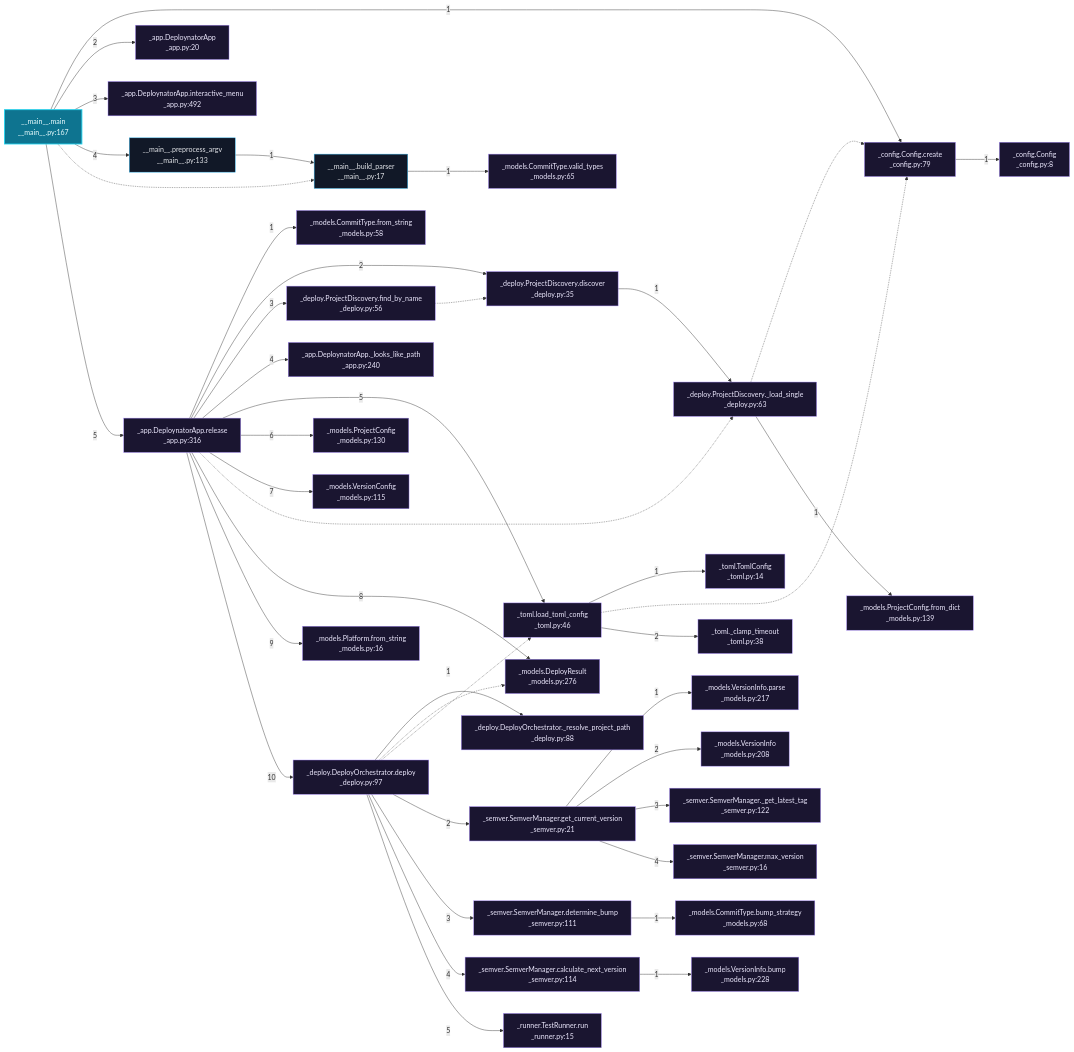
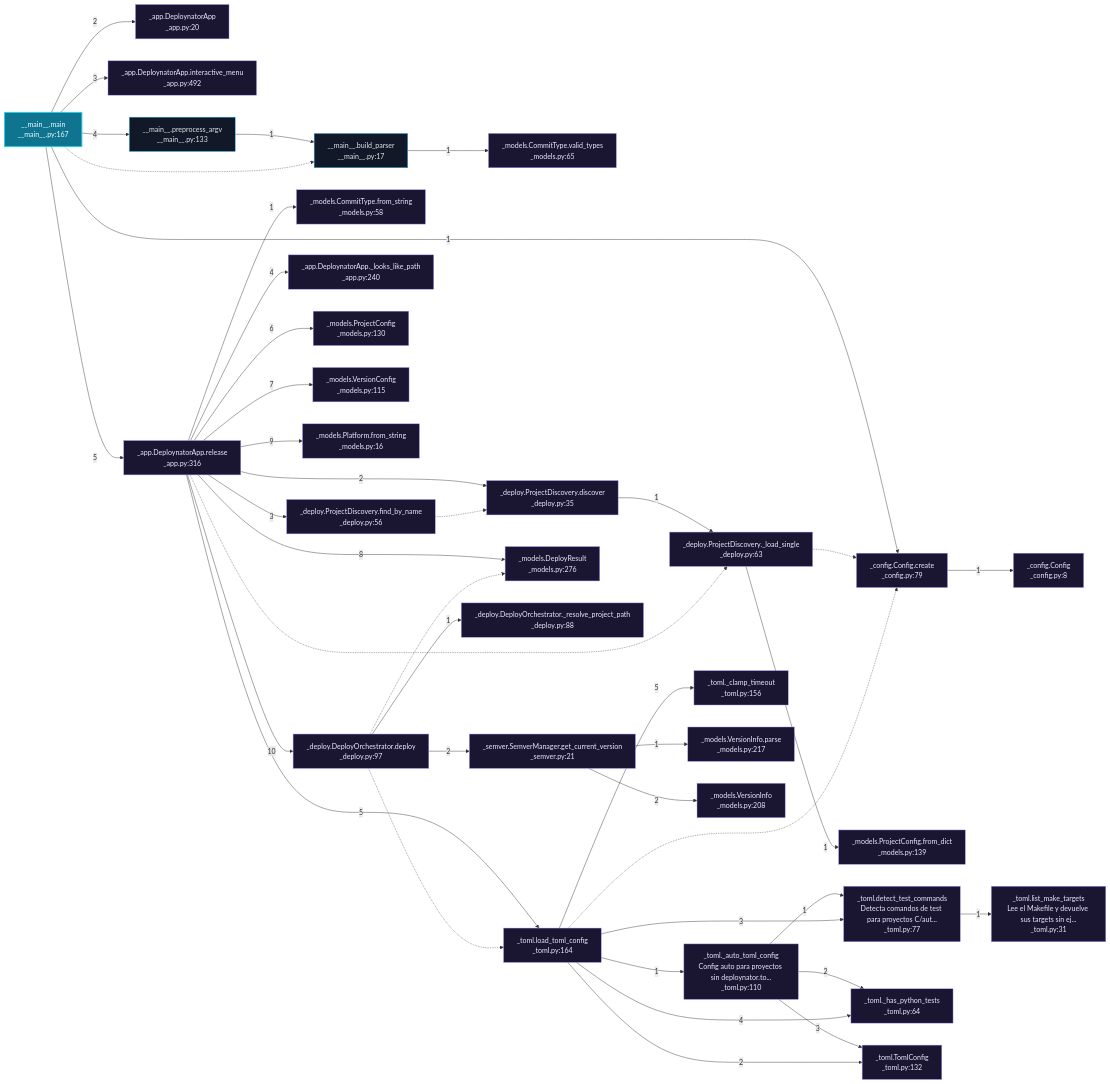
One commit to grisuno/deploynator changed the sixth of 9 diagrams in readmenator-apidocs/architecture.md. Above: the diagram before and after it, drawn with Mermaid. The commit also changed other lines of this file and 82 other files, not shown here.

````diff
--- a/readmenator-apidocs/architecture.md
+++ b/readmenator-apidocs/architecture.md
@@ -324,80 +319,77 @@
 ```mermaid
 flowchart LR
     classDef default fill:#111827,stroke:#38bdf8,color:#e5e7eb;
     classDef entry fill:#0e7490,stroke:#22d3ee,color:#ecfeff,stroke-width:2px;
     classDef external fill:#1a1530,stroke:#a78bfa,color:#ede9fe;
     n_deploynator___main___py__main["__main__.main<br/>__main__.py:167"]:::entry
     n_deploynator__config_py__create["_config.Config.create<br/>_config.py:79"]:::external
     n_deploynator__config_py__Config["_config.Config<br/>_config.py:8"]:::external
     n_deploynator__app_py__DeploynatorApp["_app.DeploynatorApp<br/>_app.py:20"]:::external
     n_deploynator__app_py__interactive_menu["_app.DeploynatorApp.interactive_menu<br/>_app.py:492"]:::external
     n_deploynator___main___py__preprocess_argv["__main__.preprocess_argv<br/>__main__.py:133"]:::default
     n_deploynator___main___py__build_parser["__main__.build_parser<br/>__main__.py:17"]:::default
     n_deploynator__models_py__valid_types["_models.CommitType.valid_types<br/>_models.py:65"]:::external
     n_deploynator__app_py__release["_app.DeploynatorApp.release<br/>_app.py:316"]:::external
     n_deploynator__models_py__from_string_58["_models.CommitType.from_string<br/>_models.py:58"]:::external
     n_deploynator__deploy_py__discover["_deploy.ProjectDiscovery.discover<br/>_deploy.py:35"]:::external
     n_deploynator__deploy_py___load_single["_deploy.ProjectDiscovery._load_single<br/>_deploy.py:63"]:::external
     n_deploynator__models_py__from_dict_139["_models.ProjectConfig.from_dict<br/>_models.py:139"]:::external
     n_deploynator__deploy_py__find_by_name["_deploy.ProjectDiscovery.find_by_name<br/>_deploy.py:56"]:::external
     n_deploynator__app_py___looks_like_path["_app.DeploynatorApp._looks_like_path<br/>_app.py:240"]:::external
-    n_deploynator__toml_py__load_toml_config["_toml.load_toml_config<br/>_toml.py:46"]:::external
-    n_deploynator__toml_py__TomlConfig["_toml.TomlConfig<br/>_toml.py:14"]:::external
-    n_deploynator__toml_py___clamp_timeout["_toml._clamp_timeout<br/>_toml.py:38"]:::external
+    n_deploynator__toml_py__load_toml_config["_toml.load_toml_config<br/>_toml.py:164"]:::external
+    n_deploynator__toml_py___auto_toml_config["_toml._auto_toml_config<br/>Config auto para proyectos sin deploynator.to...<br/>_toml.py:110"]:::external
+    n_deploynator__toml_py__detect_test_commands["_toml.detect_test_commands<br/>Detecta comandos de test para proyectos C/aut...<br/>_toml.py:77"]:::external
+    n_deploynator__toml_py___has_python_tests["_toml._has_python_tests<br/>_toml.py:64"]:::external
+    n_deploynator__toml_py__TomlConfig["_toml.TomlConfig<br/>_toml.py:132"]:::external
+    n_deploynator__toml_py__list_make_targets["_toml.list_make_targets<br/>Lee el Makefile y devuelve sus targets sin ej...<br/>_toml.py:31"]:::external
+    n_deploynator__toml_py___clamp_timeout["_toml._clamp_timeout<br/>_toml.py:156"]:::external
     n_deploynator__models_py__ProjectConfig["_models.ProjectConfig<br/>_models.py:130"]:::external
     n_deploynator__models_py__VersionConfig["_models.VersionConfig<br/>_models.py:115"]:::external
     n_deploynator__models_py__DeployResult["_models.DeployResult<br/>_models.py:276"]:::external
     n_deploynator__models_py__from_string["_models.Platform.from_string<br/>_models.py:16"]:::external
     n_deploynator__deploy_py__deploy["_deploy.DeployOrchestrator.deploy<br/>_deploy.py:97"]:::external
     n_deploynator__deploy_py___resolve_project_path["_deploy.DeployOrchestrator._resolve_project_path<br/>_deploy.py:88"]:::external
     n_deploynator__semver_py__get_current_version["_semver.SemverManager.get_current_version<br/>_semver.py:21"]:::external
     n_deploynator__models_py__parse_217["_models.VersionInfo.parse<br/>_models.py:217"]:::external
     n_deploynator__models_py__VersionInfo["_models.VersionInfo<br/>_models.py:208"]:::external
-    n_deploynator__semver_py___get_latest_tag["_semver.SemverManager._get_latest_tag<br/>_semver.py:122"]:::external
-    n_deploynator__semver_py__max_version["_semver.SemverManager.max_version<br/>_semver.py:16"]:::external
-    n_deploynator__semver_py__determine_bump["_semver.SemverManager.determine_bump<br/>_semver.py:111"]:::external
-    n_deploynator__models_py__bump_strategy["_models.CommitType.bump_strategy<br/>_models.py:68"]:::external
-    n_deploynator__semver_py__calculate_next_version["_semver.SemverManager.calculate_next_version<br/>_semver.py:114"]:::external
-    n_deploynator__models_py__bump["_models.VersionInfo.bump<br/>_models.py:228"]:::external
-    n_deploynator__runner_py__run["_runner.TestRunner.run<br/>_runner.py:15"]:::external
     n_deploynator___main___py__main -->|"1"| n_deploynator__config_py__create
     n_deploynator__config_py__create -->|"1"| n_deploynator__config_py__Config
     n_deploynator___main___py__main -->|"2"| n_deploynator__app_py__DeploynatorApp
     n_deploynator___main___py__main -->|"3"| n_deploynator__app_py__interactive_menu
     n_deploynator___main___py__main -->|"4"| n_deploynator___main___py__preprocess_argv
     n_deploynator___main___py__preprocess_argv -->|"1"| n_deploynator___main___py__build_parser
     n_deploynator___main___py__build_parser -->|"1"| n_deploynator__models_py__valid_types
     n_deploynator___main___py__main -.-> n_deploynator___main___py__build_parser
     n_deploynator___main___py__main -->|"5"| n_deploynator__app_py__release
     n_deploynator__app_py__release -->|"1"| n_deploynator__models_py__from_string_58
     n_deploynator__app_py__release -->|"2"| n_deploynator__deploy_py__discover
     n_deploynator__deploy_py__discover -->|"1"| n_deploynator__deploy_py___load_single
     n_deploynator__deploy_py___load_single -.-> n_deploynator__config_py__create
     n_deploynator__deploy_py___load_single -->|"1"| n_deploynator__models_py__from_dict_139
     n_deploynator__app_py__release -->|"3"| n_deploynator__deploy_py__find_by_name
     n_deploynator__deploy_py__find_by_name -.-> n_deploynator__deploy_py__discover
     n_deploynator__app_py__release -->|"4"| n_deploynator__app_py___looks_like_path
     n_deploynator__app_py__release -->|"5"| n_deploynator__toml_py__load_toml_config
-    n_deploynator__toml_py__load_toml_config -->|"1"| n_deploynator__toml_py__TomlConfig
+    n_deploynator__toml_py__load_toml_config -->|"1"| n_deploynator__toml_py___auto_toml_config
+    n_deploynator__toml_py___auto_toml_config -->|"1"| n_deploynator__toml_py__detect_test_commands
+    n_deploynator__toml_py___auto_toml_config -->|"2"| n_deploynator__toml_py___has_python_tests
+    n_deploynator__toml_py___auto_toml_config -->|"3"| n_deploynator__toml_py__TomlConfig
+    n_deploynator__toml_py__load_toml_config -->|"2"| n_deploynator__toml_py__TomlConfig
     n_deploynator__toml_py__load_toml_config -.-> n_deploynator__config_py__create
-    n_deploynator__toml_py__load_toml_config -->|"2"| n_deploynator__toml_py___clamp_timeout
+    n_deploynator__toml_py__load_toml_config -->|"3"| n_deploynator__toml_py__detect_test_commands
+    n_deploynator__toml_py__detect_test_commands -->|"1"| n_deploynator__toml_py__list_make_targets
+    n_deploynator__toml_py__load_toml_config -->|"4"| n_deploynator__toml_py___has_python_tests
+    n_deploynator__toml_py__load_toml_config -->|"5"| n_deploynator__toml_py___clamp_timeout
     n_deploynator__app_py__release -->|"6"| n_deploynator__models_py__ProjectConfig
     n_deploynator__app_py__release -->|"7"| n_deploynator__models_py__VersionConfig
     n_deploynator__app_py__release -.-> n_deploynator__deploy_py___load_single
     n_deploynator__app_py__release -->|"8"| n_deploynator__models_py__DeployResult
     n_deploynator__app_py__release -->|"9"| n_deploynator__models_py__from_string
     n_deploynator__app_py__release -->|"10"| n_deploynator__deploy_py__deploy
     n_deploynator__deploy_py__deploy -->|"1"| n_deploynator__deploy_py___resolve_project_path
     n_deploynator__deploy_py__deploy -.-> n_deploynator__models_py__DeployResult
     n_deploynator__deploy_py__deploy -.-> n_deploynator__toml_py__load_toml_config
     n_deploynator__deploy_py__deploy -->|"2"| n_deploynator__semver_py__get_current_version
     n_deploynator__semver_py__get_current_version -->|"1"| n_deploynator__models_py__parse_217
     n_deploynator__semver_py__get_current_version -->|"2"| n_deploynator__models_py__VersionInfo
-    n_deploynator__semver_py__get_current_version -->|"3"| n_deploynator__semver_py___get_latest_tag
-    n_deploynator__semver_py__get_current_version -->|"4"| n_deploynator__semver_py__max_version
-    n_deploynator__deploy_py__deploy -->|"3"| n_deploynator__semver_py__determine_bump
-    n_deploynator__semver_py__determine_bump -->|"1"| n_deploynator__models_py__bump_strategy
-    n_deploynator__deploy_py__deploy -->|"4"| n_deploynator__semver_py__calculate_next_version
-    n_deploynator__semver_py__calculate_next_version -->|"1"| n_deploynator__models_py__bump
-    n_deploynator__deploy_py__deploy -->|"5"| n_deploynator__runner_py__run
 ```
````
